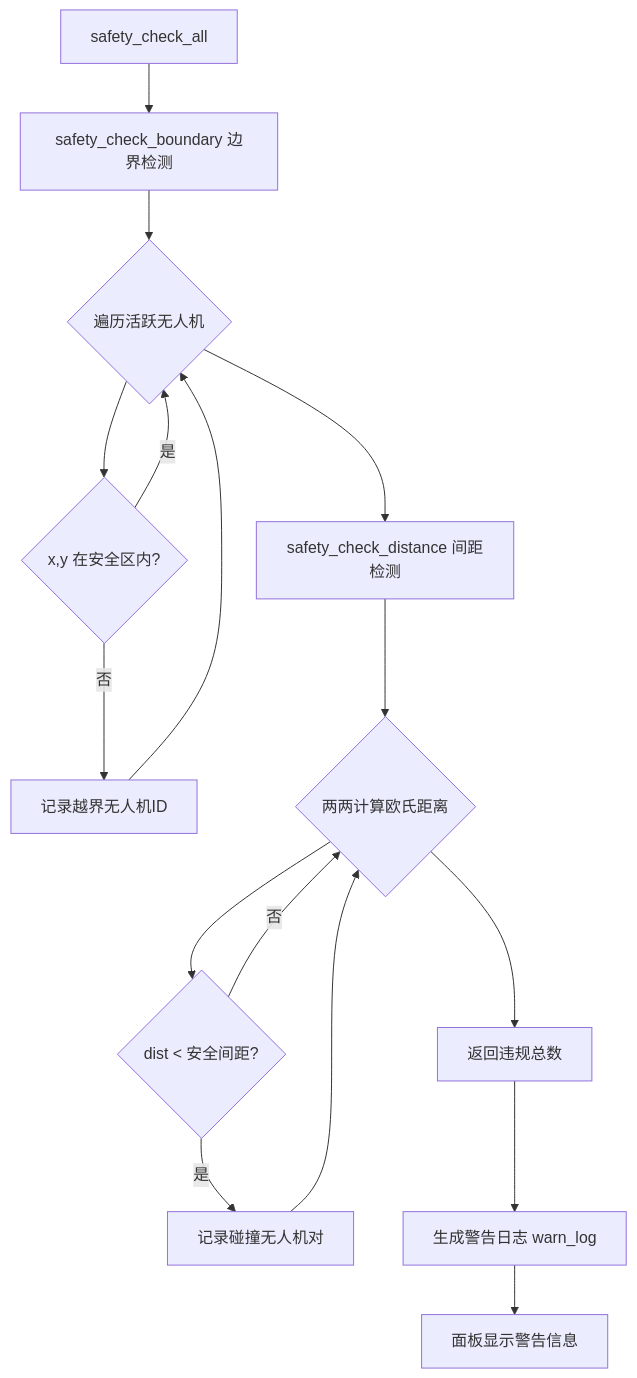
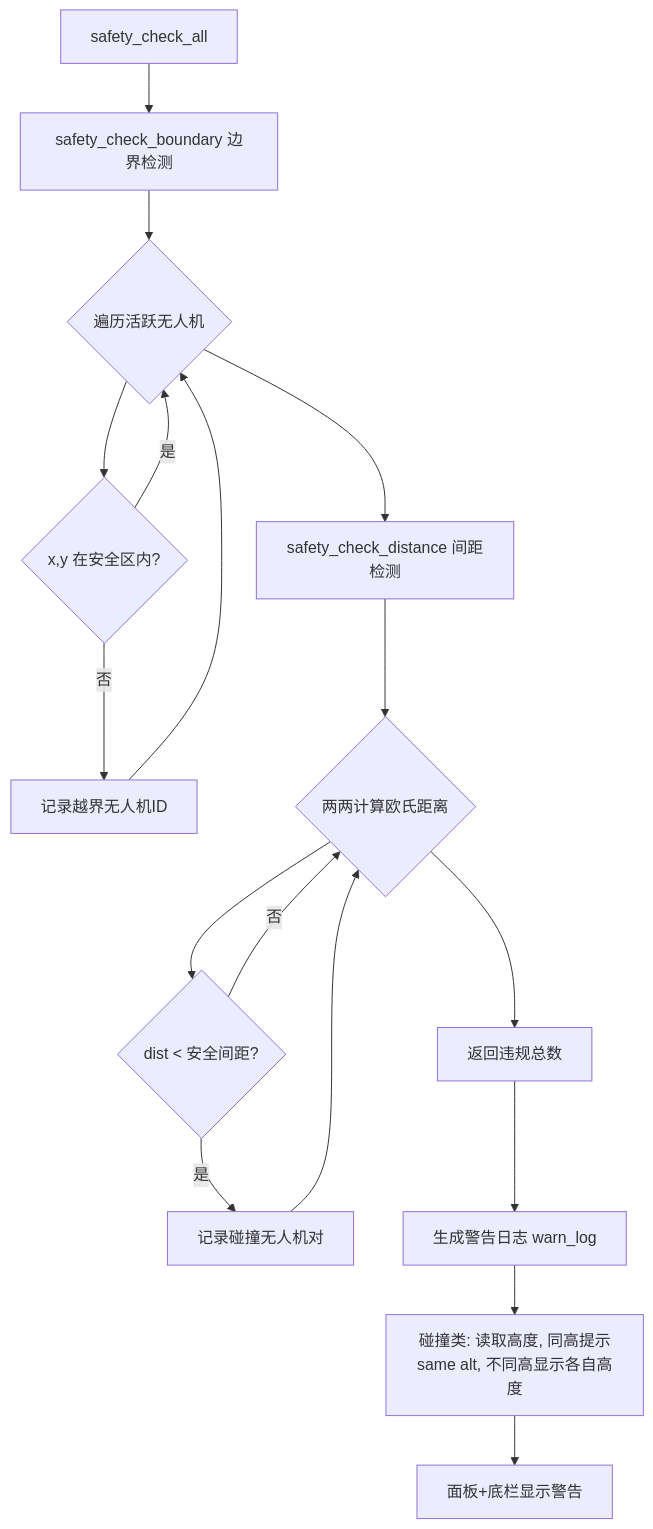
The fourth of 9 diagrams in flowchart.md (Fpianmu/Drone), drawn with Mermaid before and after one commit. The commit also changed other lines of this file, not shown here.

Commit message:
更新流程图：300→500架、安全检测加入高度信息、文字12x12网格

````diff
--- a/flowchart.md
+++ b/flowchart.md
@@ -78,18 +78,19 @@
 ```mermaid
 flowchart TD
     A[safety_check_all] --> B[safety_check_boundary 边界检测]
     B --> C{遍历活跃无人机}
     C --> D{x,y 在安全区内?}
     D -->|是| C
     D -->|否| E[记录越界无人机ID]
     E --> C
     C --> F[safety_check_distance 间距检测]
     F --> G{两两计算欧氏距离}
     G --> H{dist < 安全间距?}
     H -->|是| I[记录碰撞无人机对]
     I --> G
     H -->|否| G
     G --> J[返回违规总数]
     J --> K[生成警告日志 warn_log]
-    K --> L[面板显示警告信息]
+    K --> L[碰撞类: 读取高度, 同高提示same alt, 不同高显示各自高度]
+    L --> M[面板+底栏显示警告]
 ```
````
